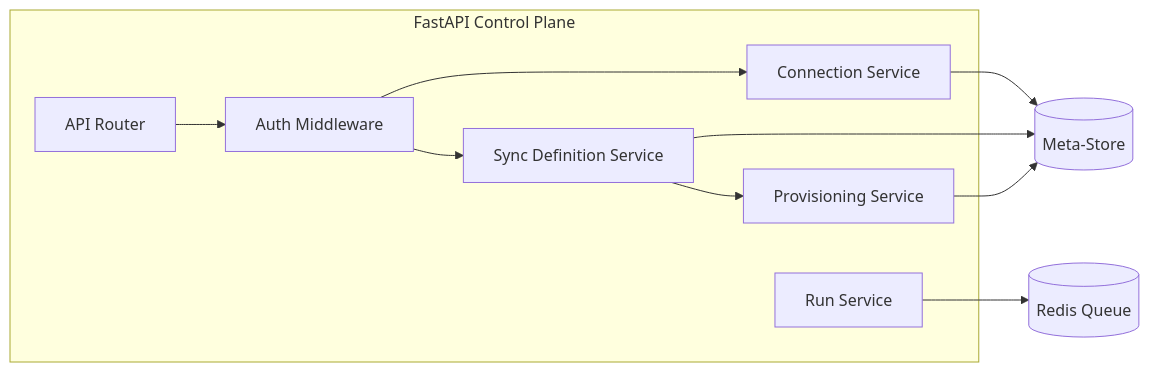
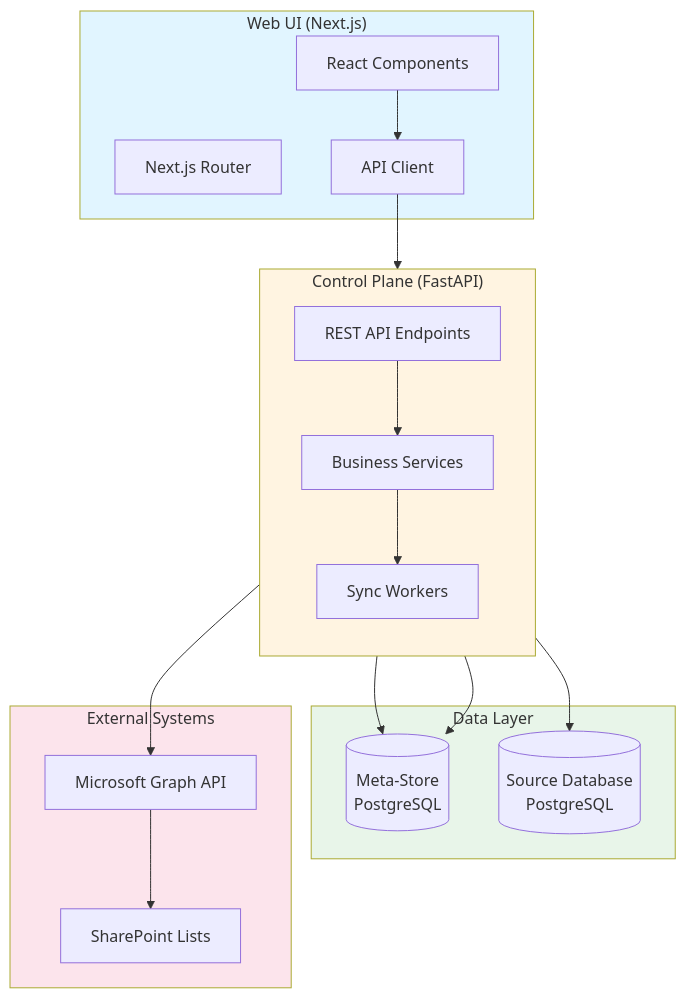
One commit to jare20895/ArcoreSyncBridge changed the first of 5 diagrams in docs/design/architecture/diagrams/component_diagrams.md. Above: the diagram before and after it, drawn with Mermaid. The commit also changed other lines of this file and 29 other files, not shown here.

````diff
--- a/docs/design/architecture/diagrams/component_diagrams.md
+++ b/docs/design/architecture/diagrams/component_diagrams.md
@@ -3,20 +5,40 @@
 ```mermaid
-flowchart LR
-    subgraph API[FastAPI Control Plane]
-        Router[API Router]
-        Auth[Auth Middleware]
-        Conn[Connection Service]
-        SyncDef[Sync Definition Service]
-        Provision[Provisioning Service]
-        Runs[Run Service]
+flowchart TB
+    subgraph Frontend["Web UI (Next.js)"]
+        UI[React Components]
+        Router[Next.js Router]
+        API_Client[API Client]
     end
 
-    Router --> Auth
-    Auth --> Conn
-    Auth --> SyncDef
-    SyncDef --> Provision
-    Runs --> Queue[(Redis Queue)]
-    Conn --> Meta[(Meta-Store)]
-    SyncDef --> Meta
-    Provision --> Meta
+    subgraph Backend["Control Plane (FastAPI)"]
+        direction TB
+        API[REST API Endpoints]
+        Services[Business Services]
+        Workers[Sync Workers]
+    end
+
+    subgraph Storage["Data Layer"]
+        Meta[(Meta-Store<br/>PostgreSQL)]
+        Source[(Source Database<br/>PostgreSQL)]
+    end
+
+    subgraph External["External Systems"]
+        Graph[Microsoft Graph API]
+        SP[SharePoint Lists]
+    end
+
+    UI --> API_Client
+    API_Client --> API
+    API --> Services
+    Services --> Meta
+    Services --> Workers
+    Workers --> Source
+    Workers --> Graph
+    Graph --> SP
+    Workers --> Meta
+
+    style Frontend fill:#e1f5ff
+    style Backend fill:#fff4e1
+    style Storage fill:#e8f5e9
+    style External fill:#fce4ec
 ```
````
